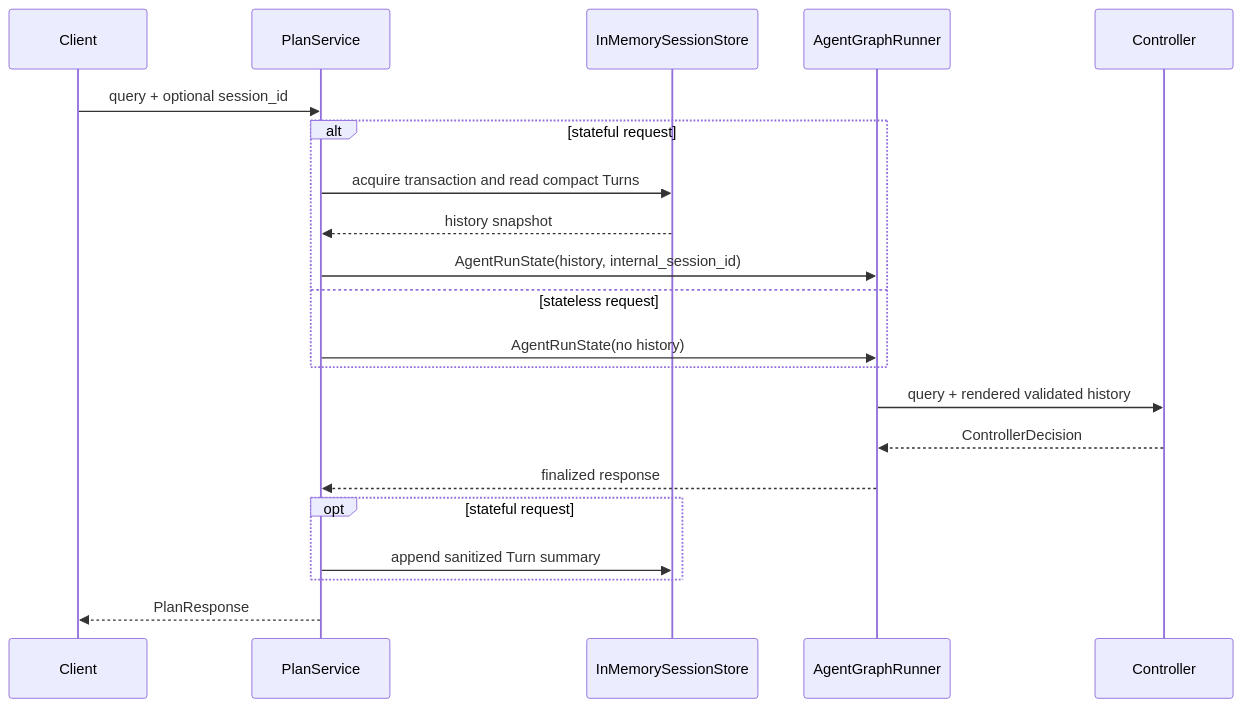
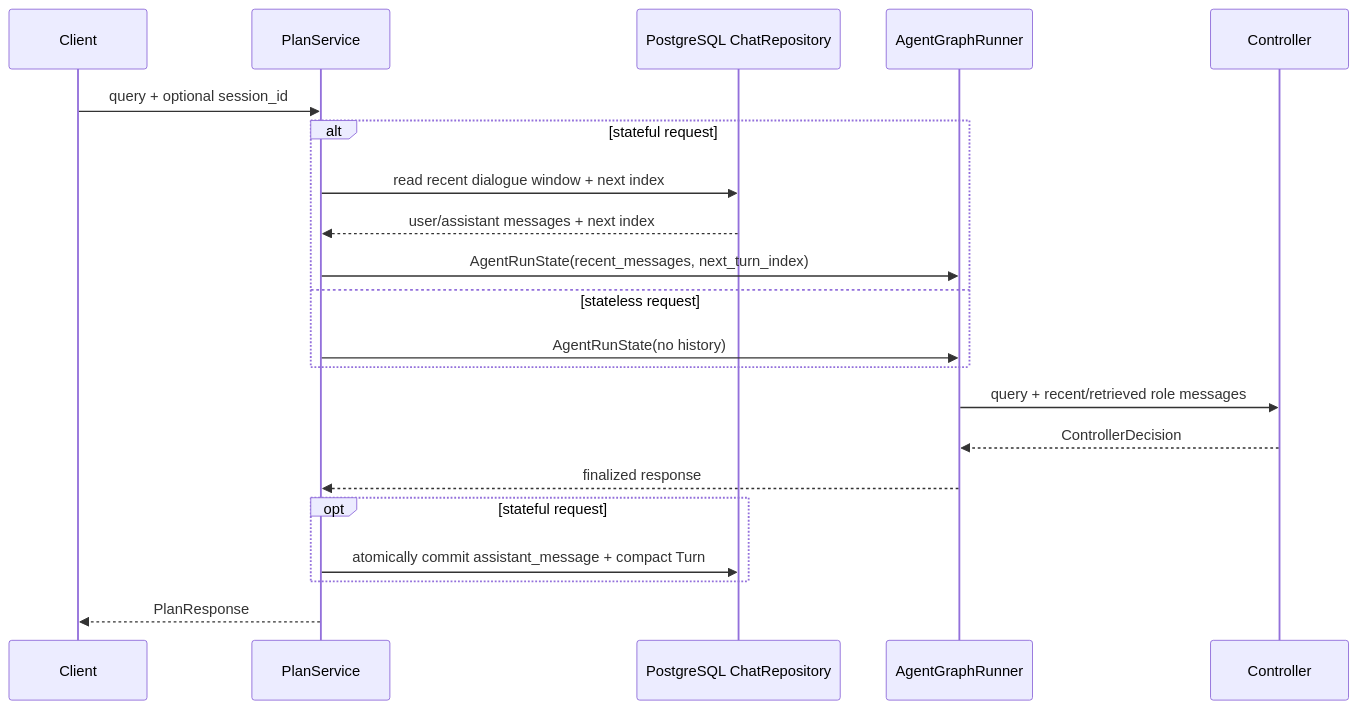
Before and after one commit to Philip23333/DotaMind: the diagram in docs/design/architecture/Controller层.md, drawn with Mermaid. The commit also changed other lines of this file and 66 other files, not shown here.

````diff
--- a/docs/design/architecture/Controller层.md
+++ b/docs/design/architecture/Controller层.md
@@ -54,24 +60,24 @@
 ```mermaid
 sequenceDiagram
     participant Client
     participant Service as PlanService
-    participant Store as InMemorySessionStore
+    participant Store as PostgreSQL ChatRepository
     participant Graph as AgentGraphRunner
     participant Controller
 
     Client->>Service: query + optional session_id
     alt stateful request
-        Service->>Store: acquire transaction and read compact Turns
-        Store-->>Service: history snapshot
-        Service->>Graph: AgentRunState(history, internal_session_id)
+        Service->>Store: read recent dialogue window + next index
+        Store-->>Service: user/assistant messages + next index
+        Service->>Graph: AgentRunState(recent_messages, next_turn_index)
     else stateless request
         Service->>Graph: AgentRunState(no history)
     end
-    Graph->>Controller: query + rendered validated history
+    Graph->>Controller: query + recent/retrieved role messages
     Controller-->>Graph: ControllerDecision
     Graph-->>Service: finalized response
     opt stateful request
-        Service->>Store: append sanitized Turn summary
+        Service->>Store: atomically commit assistant_message + compact Turn
     end
     Service-->>Client: PlanResponse
 ```
````
